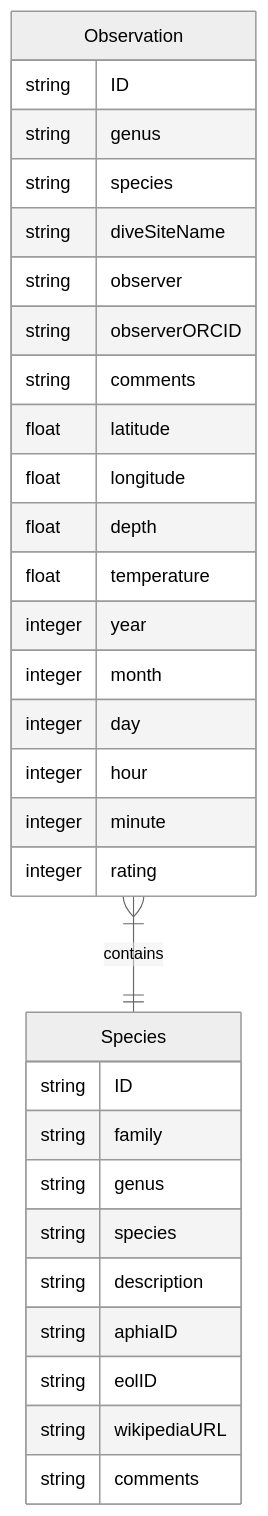
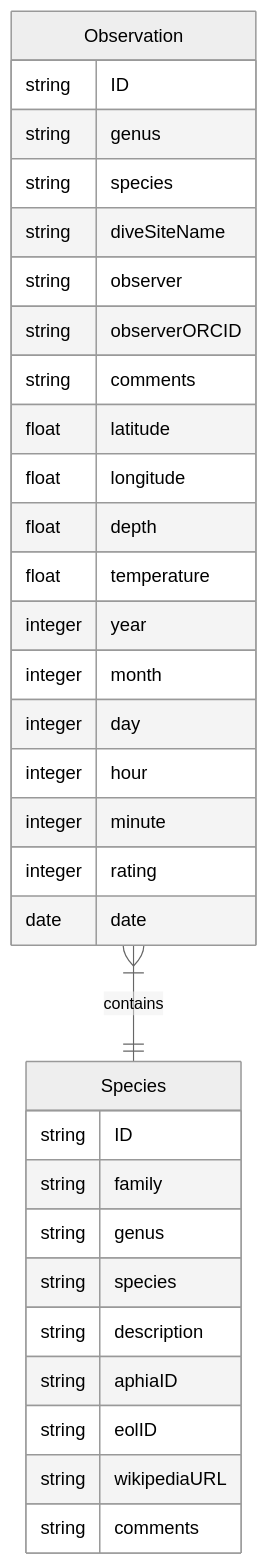
One commit to mpfl/nudis changed the diagram in design/data-model.md. Above: the diagram before and after it, drawn with Mermaid (neutral theme).

Commit message:
Forgot to update data model with date type

````diff
--- a/design/data-model.md
+++ b/design/data-model.md
@@ -5,34 +5,35 @@
 ```mermaid
 erDiagram
     Species {
         string ID
         string family
         string genus
         string species
         string description
         string aphiaID
         string eolID
         string wikipediaURL
         string comments
     }
     Observation }|--|| Species: contains
     Observation {
         string ID
         string genus
         string species
         string diveSiteName
         string observer
         string observerORCID
         string comments
         float latitude
         float longitude
         float depth
         float temperature
         integer year
         integer month
         integer day
         integer hour
         integer minute
         integer rating
+        date date
     }
 ```
````
